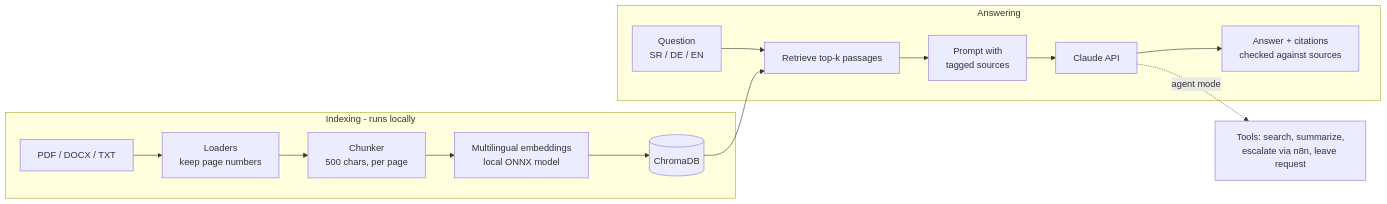
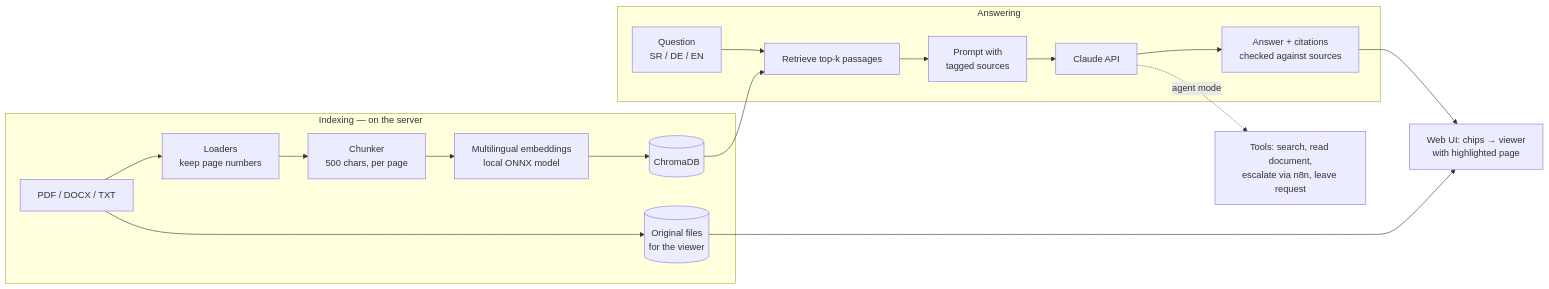
The diagram in README.md (Strvina/doc-assistant), drawn with Mermaid before and after one commit. The commit also changed other lines of this file and 39 other files, not shown here.

````diff
--- a/README.md
+++ b/README.md
@@ -26,13 +31,16 @@
 ```mermaid
 flowchart LR
-    subgraph ingest[Indexing - runs locally]
+    subgraph ingest[Indexing — on the server]
         F[PDF / DOCX / TXT] --> L[Loaders<br/>keep page numbers] --> C[Chunker<br/>500 chars, per page]
         C --> E[Multilingual embeddings<br/>local ONNX model] --> V[(ChromaDB)]
+        F --> O[(Original files<br/>for the viewer)]
     end
     subgraph ask[Answering]
         Q[Question<br/>SR / DE / EN] --> R[Retrieve top-k passages] --> P[Prompt with<br/>tagged sources] --> M[Claude API]
         M --> A[Answer + citations<br/>checked against sources]
     end
     V --> R
-    M -. agent mode .-> T[Tools: search, summarize,<br/>escalate via n8n, leave request]
+    A --> W[Web UI: chips → viewer<br/>with highlighted page]
+    O --> W
+    M -. agent mode .-> T[Tools: search, read document,<br/>escalate via n8n, leave request]
 ```
````
